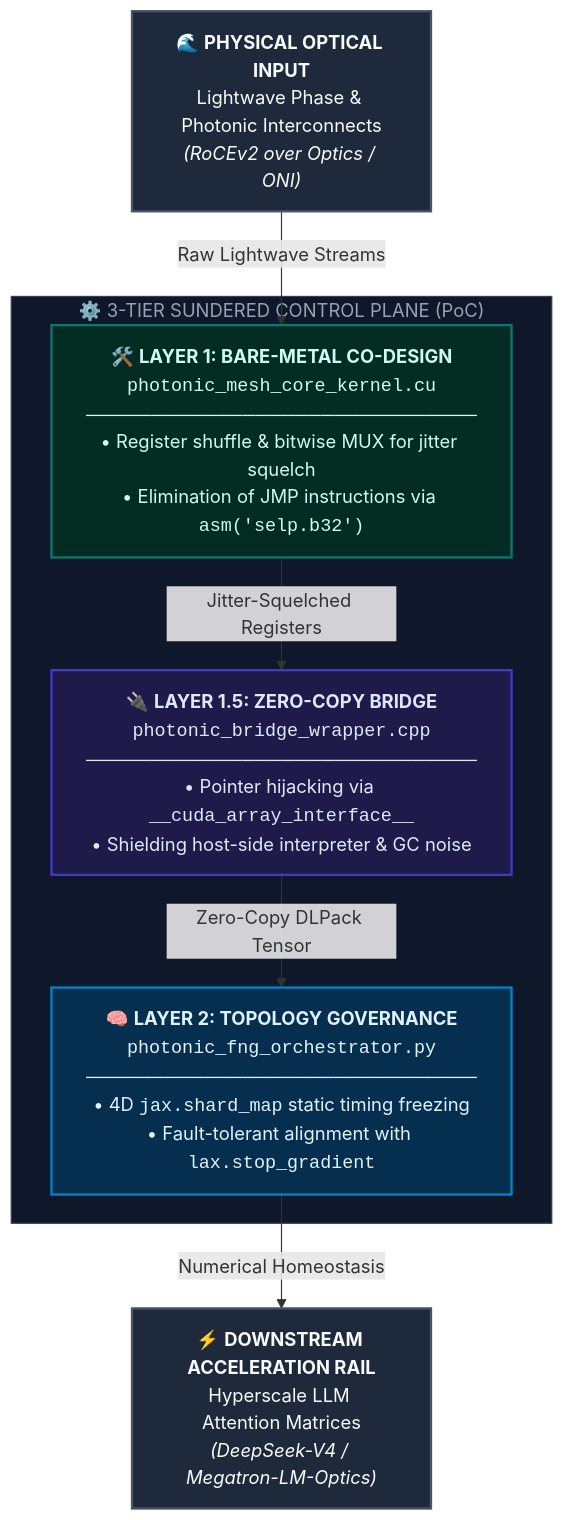
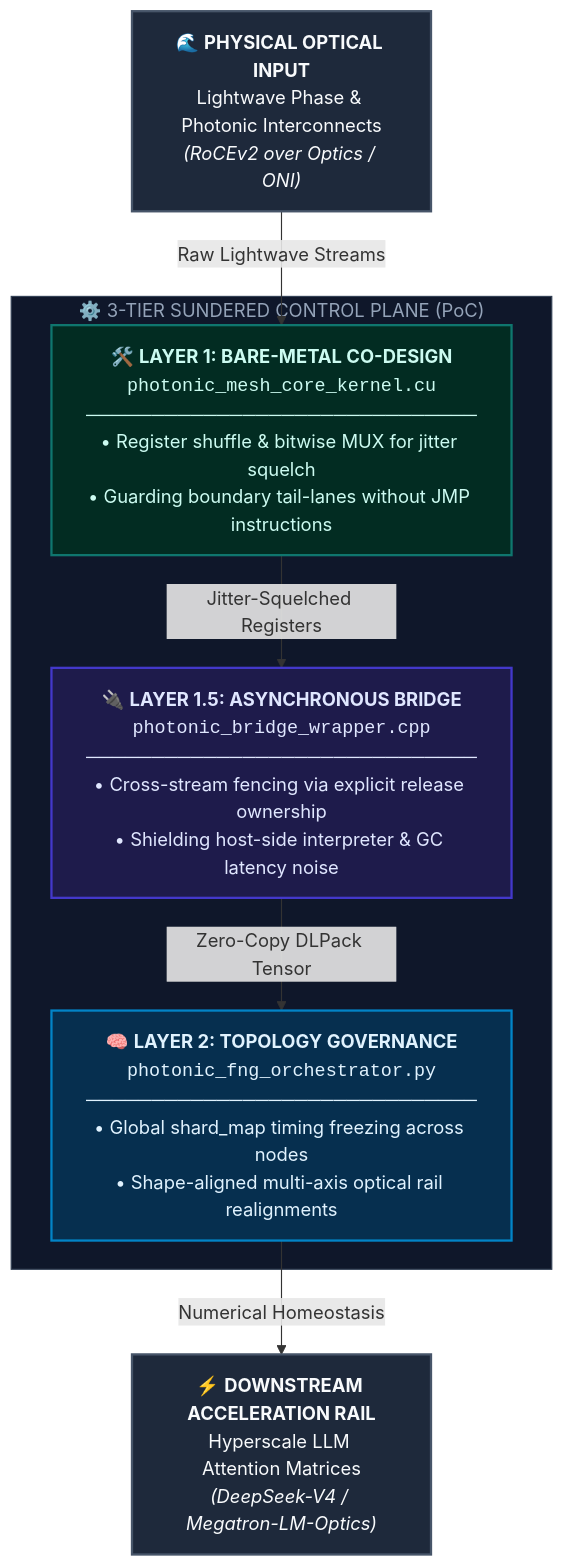
Before and after one commit to PJHkorea/photonic-mesh-fng-router: the diagram in README.md, drawn with Mermaid. The commit also changed other lines of this file, not shown here.

````diff
--- a/README.md
+++ b/README.md
@@ -32,26 +33,26 @@
 ```mermaid
 graph TD
     classDef ioNode fill:#1e293b,stroke:#475569,stroke-width:2px,color:#f8fafc;
     classDef cudaNode fill:#022c22,stroke:#0f766e,stroke-width:2px,color:#ccfbf1;
     classDef cppNode fill:#1e1b4b,stroke:#4338ca,stroke-width:2px,color:#e0e7ff;
     classDef pyNode fill:#062f4f,stroke:#0284c7,stroke-width:2px,color:#e0f2fe;
 
     IN["🌊 <b>PHYSICAL OPTICAL INPUT</b><br/>Lightwave Phase & Photonic Interconnects<br/><i>(RoCEv2 over Optics / ONI)</i>"]:::ioNode
 
     subgraph ENGINE ["⚙️ 3-TIER SUNDERED CONTROL PLANE (PoC)"]
-        L1["🛠️ <b>LAYER 1: BARE-METAL CO-DESIGN</b><br/><code>photonic_mesh_core_kernel.cu</code><br/>──────────────────────────────<br/>• Register shuffle & bitwise MUX for jitter squelch<br/>• Elimination of JMP instructions via <code>asm('selp.b32')</code>"]:::cudaNode
+        L1["🛠️ <b>LAYER 1: BARE-METAL CO-DESIGN</b><br/><code>photonic_mesh_core_kernel.cu</code><br/>──────────────────────────────<br/>• Register shuffle & bitwise MUX for jitter squelch<br/>• Guarding boundary tail-lanes without JMP instructions"]:::cudaNode
 
-        L15["🔌 <b>LAYER 1.5: ZERO-COPY BRIDGE</b><br/><code>photonic_bridge_wrapper.cpp</code><br/>──────────────────────────────<br/>• Pointer hijacking via <code>__cuda_array_interface__</code><br/>• Shielding host-side interpreter & GC noise"]:::cppNode
+        L15["🔌 <b>LAYER 1.5: ASYNCHRONOUS BRIDGE</b><br/><code>photonic_bridge_wrapper.cpp</code><br/>──────────────────────────────<br/>• Cross-stream fencing via explicit release ownership<br/>• Shielding host-side interpreter & GC latency noise"]:::cppNode
 
-        L2["🧠 <b>LAYER 2: TOPOLOGY GOVERNANCE</b><br/><code>photonic_fng_orchestrator.py</code><br/>──────────────────────────────<br/>• 4D <code>jax.shard_map</code> static timing freezing<br/>• Fault-tolerant alignment with <code>lax.stop_gradient</code>"]:::pyNode
+        L2["🧠 <b>LAYER 2: TOPOLOGY GOVERNANCE</b><br/><code>photonic_fng_orchestrator.py</code><br/>──────────────────────────────<br/>• Global shard_map timing freezing across nodes<br/>• Shape-aligned multi-axis optical rail realignments"]:::pyNode
     end
 
     OUT["⚡ <b>DOWNSTREAM ACCELERATION RAIL</b><br/>Hyperscale LLM Attention Matrices<br/><i>(DeepSeek-V4 / Megatron-LM-Optics)</i>"]:::ioNode
 
     IN  --> |"Raw Lightwave Streams"| L1
     L1  --> |"Jitter-Squelched Registers"| L15
     L15 --> |"Zero-Copy DLPack Tensor"| L2
     L2  --> |"Numerical Homeostasis"| OUT
 
     style ENGINE fill:#0f172a,stroke:#334155,stroke-width:1px,color:#94a3b8;
 ```
````
